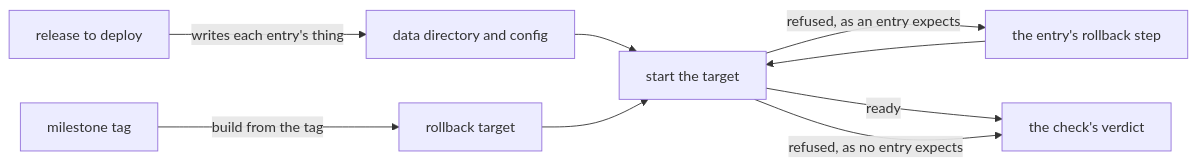
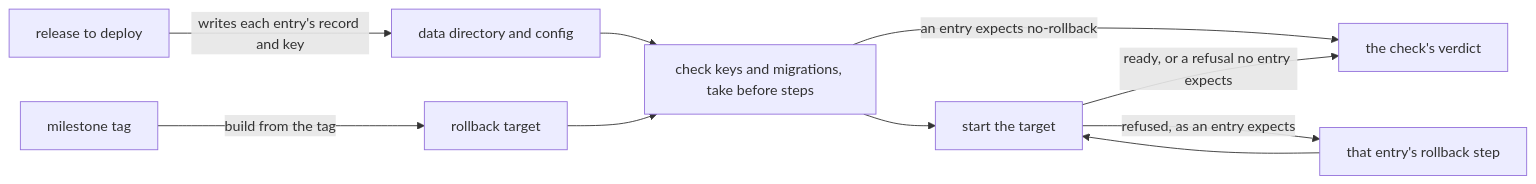
One commit to zgeoff/nixie changed the diagram in docs/design/queue/rollback-check.md. Above: the diagram before and after it, drawn with Mermaid. The commit also changed other lines of this file, not shown here.

Commit message:
docs: answer the review and cold reads of the rollback check

````diff
--- a/docs/design/queue/rollback-check.md
+++ b/docs/design/queue/rollback-check.md
@@ -26,11 +32,12 @@
 ```mermaid
 flowchart LR
   tag[milestone tag] -->|"build from the tag"| target[rollback target]
-  deploy[release to deploy] -->|"writes each entry's thing"| data[data directory and config]
-  data --> start[start the target]
-  target --> start
-  start -->|"refused, as an entry expects"| step[the entry's rollback step]
+  deploy[release to deploy] -->|"writes each entry's record and key"| data[data directory and config]
+  data --> prep[check keys and migrations, take before steps]
+  target --> prep
+  prep -->|"an entry expects no-rollback"| verdict[the check's verdict]
+  prep --> start[start the target]
+  start -->|"refused, as an entry expects"| step[that entry's rollback step]
   step --> start
-  start -->|ready| verdict[the check's verdict]
-  start -->|"refused, as no entry expects"| verdict
+  start -->|"ready, or a refusal no entry expects"| verdict
 ```
````
